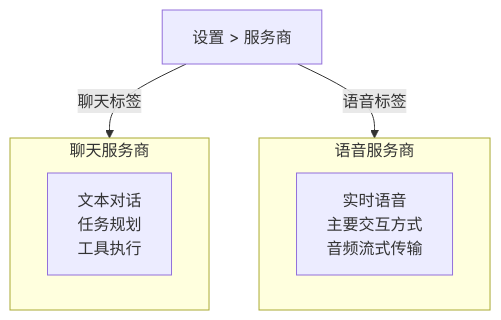
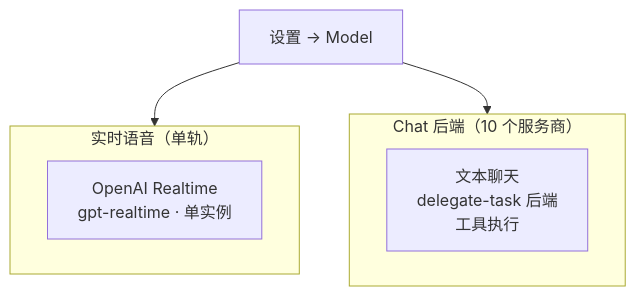
Before and after one commit to openrocky/openrocky.github.io: the first of 2 diagrams in i18n/zh-Hans/docusaurus-plugin-content-docs/current/guides/providers.md, drawn with Mermaid. The commit also changed other lines of this file and 7 other files, not shown here.

First line of the commit message:
docs: sync to single-track voice architecture

````diff
--- a/i18n/zh-Hans/docusaurus-plugin-content-docs/current/guides/providers.md
+++ b/i18n/zh-Hans/docusaurus-plugin-content-docs/current/guides/providers.md
@@ -11,14 +11,14 @@
 ```mermaid
 graph TB
-    subgraph Chat["聊天服务商"]
-        CP["文本对话<br/>任务规划<br/>工具执行"]
+    subgraph Voice["实时语音（单轨）"]
+        VP["OpenAI Realtime<br/>gpt-realtime · 单实例"]
     end
 
-    subgraph Voice["语音服务商"]
-        VP["实时语音<br/>主要交互方式<br/>音频流式传输"]
+    subgraph Chat["Chat 后端（10 个服务商）"]
+        CP["文本聊天<br/>delegate-task 后端<br/>工具执行"]
     end
 
-    Settings["设置 > 服务商"]
-    Settings --> |"聊天标签"| Chat
-    Settings --> |"语音标签"| Voice
+    Settings["设置 → Model"]
+    Settings --> Voice
+    Settings --> Chat
 ```
````
